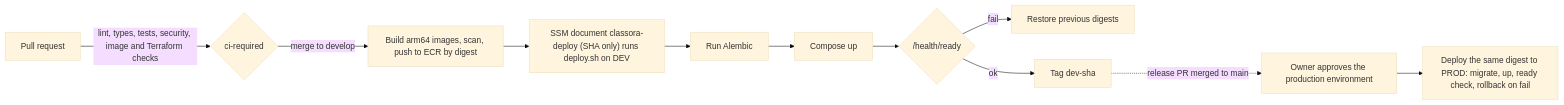
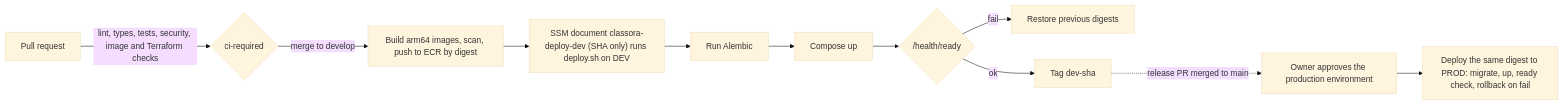
Before and after one commit to JaimeSolisS/classora: the second of 2 diagrams in _docs/architecture.md, drawn with Mermaid (base theme). The commit also changed other lines of this file and 6 other files, not shown here.

First line of the commit message:
M9-07: deploy runbook, process, architecture and README for DEV deploys

````diff
--- a/_docs/architecture.md
+++ b/_docs/architecture.md
@@ -247,11 +247,11 @@
 ```mermaid
 flowchart LR
   PR[Pull request] -->|"lint, types, tests, security, image and Terraform checks"| CHK{ci-required}
   CHK -->|merge to develop| BUILD[Build arm64 images, scan, push to ECR by digest]
-  BUILD --> DEVD["SSM document classora-deploy (SHA only) runs deploy.sh on DEV"]
+  BUILD --> DEVD["SSM document classora-deploy-dev (SHA only) runs deploy.sh on DEV"]
   DEVD --> MIG1[Run Alembic] --> UP1[Compose up] --> RDY1{/health/ready}
   RDY1 -->|fail| RB1[Restore previous digests]
   RDY1 -->|ok| TAG1[Tag dev-sha]
   TAG1 -.->|release PR merged to main| APPR[Owner approves the production environment]
   APPR --> PRODD["Deploy the same digest to PROD: migrate, up, ready check, rollback on fail"]
 ```
````
